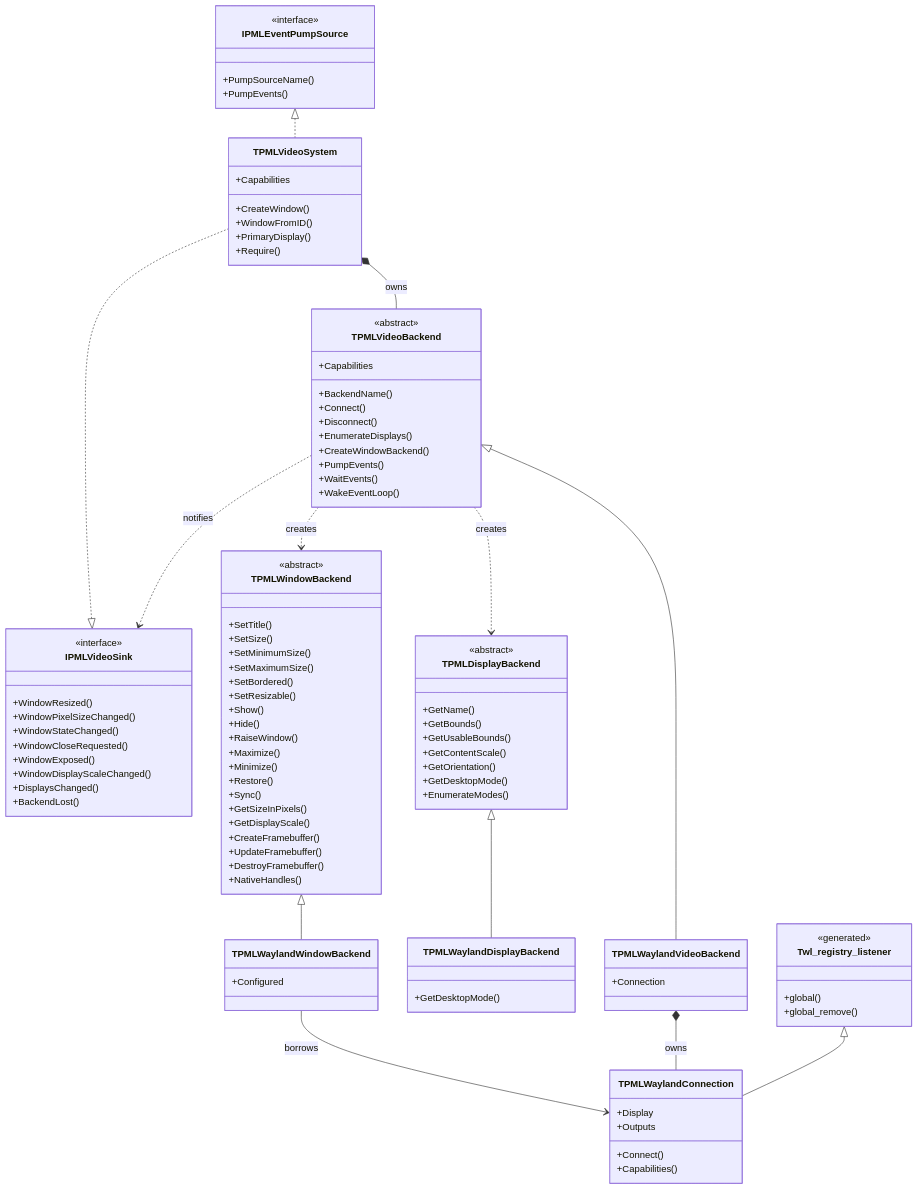
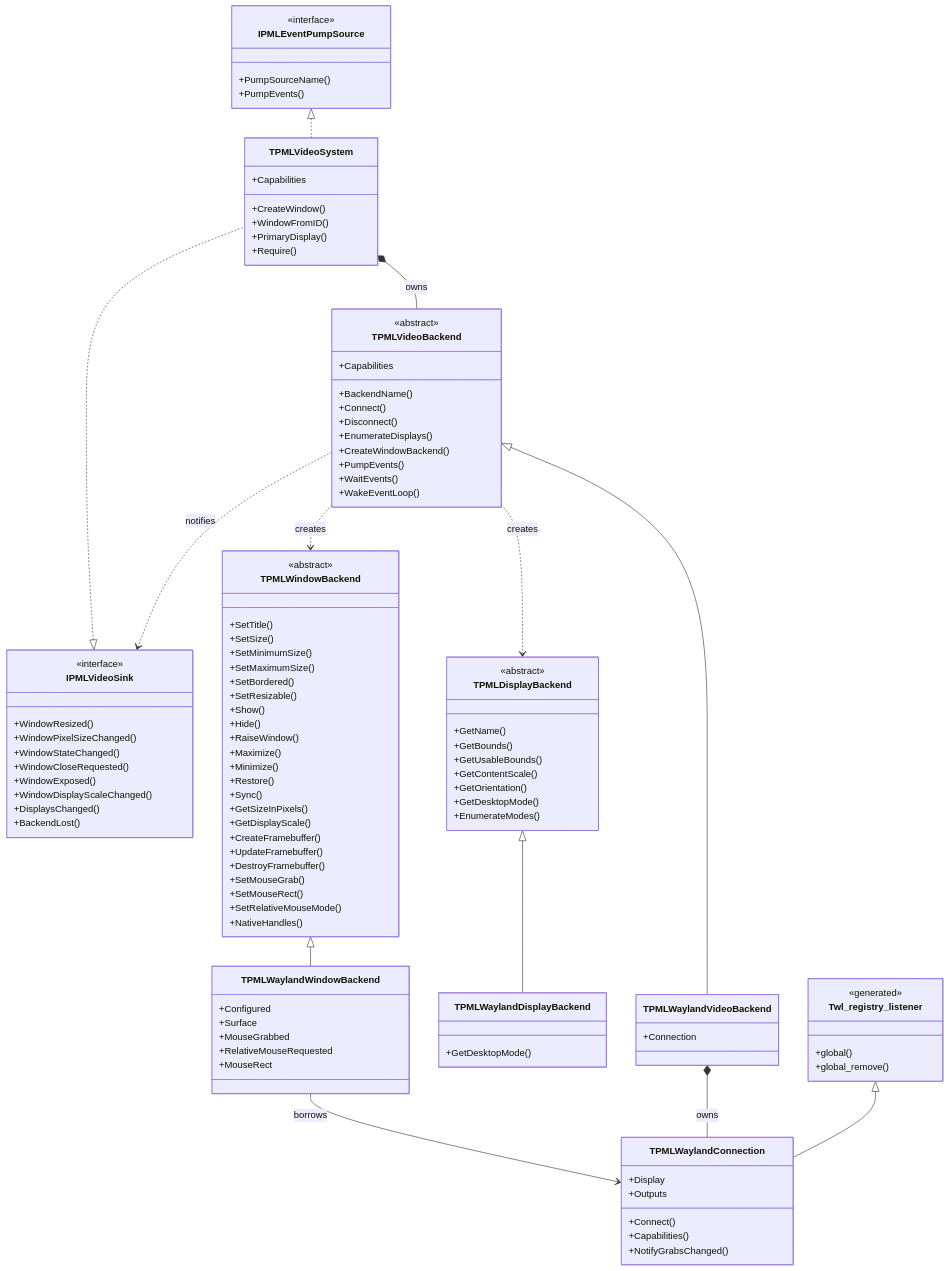
One commit to tankoha/papimela changed the first of 2 diagrams in docs/diagrams/backend-abstraction.md. Above: the diagram before and after it, drawn with Mermaid. The commit also changed other lines of this file and 18 other files, not shown here.

```diff
--- a/docs/diagrams/backend-abstraction.md
+++ b/docs/diagrams/backend-abstraction.md
@@ -99,6 +99,9 @@
         +CreateFramebuffer()
         +UpdateFramebuffer()
         +DestroyFramebuffer()
+        +SetMouseGrab()
+        +SetMouseRect()
+        +SetRelativeMouseMode()
         +NativeHandles()
     }
     class TPMLWaylandVideoBackend {
@@ -109,10 +112,15 @@
     }
     class TPMLWaylandWindowBackend {
         +Configured
+        +Surface
+        +MouseGrabbed
+        +RelativeMouseRequested
+        +MouseRect
     }
     class TPMLWaylandConnection {
         +Connect()
         +Capabilities()
+        +NotifyGrabsChanged()
         +Display
         +Outputs
     }
```
